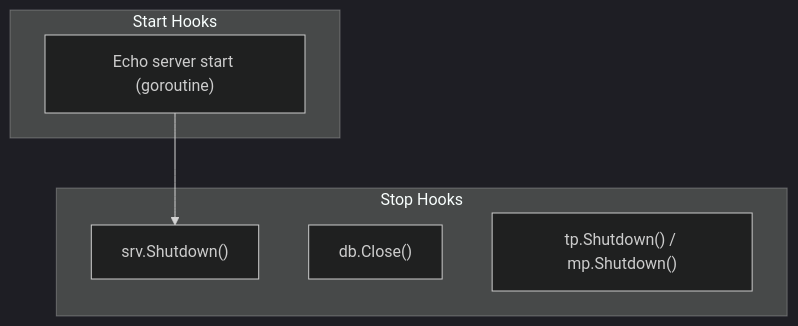
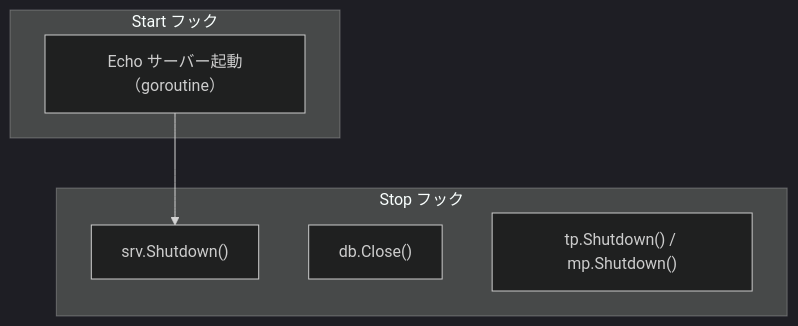
One commit to Tomy-ch/go-boilerplate changed the diagram in internal/di/server/hook/README.md. Above: the diagram before and after it, drawn with Mermaid (dark theme). The commit also changed other lines of this file and 970 other files, not shown here.

````diff
--- a/internal/di/server/hook/README.md
+++ b/internal/di/server/hook/README.md
@@ -15,16 +15,16 @@
 ```mermaid
 flowchart TB
-    subgraph "Start Hooks"
-        HTTP["Echo server start (goroutine)"]
+    subgraph "Start フック"
+        HTTP["Echo サーバー起動（goroutine）"]
     end
 
-    subgraph "Stop Hooks"
+    subgraph "Stop フック"
         Shutdown["srv.Shutdown()"]
         DBClose["db.Close()"]
         O11yShutdown["tp.Shutdown() / mp.Shutdown()"]
     end
 
     HTTP --> Shutdown
     DBClose
     O11yShutdown
 ```
````
